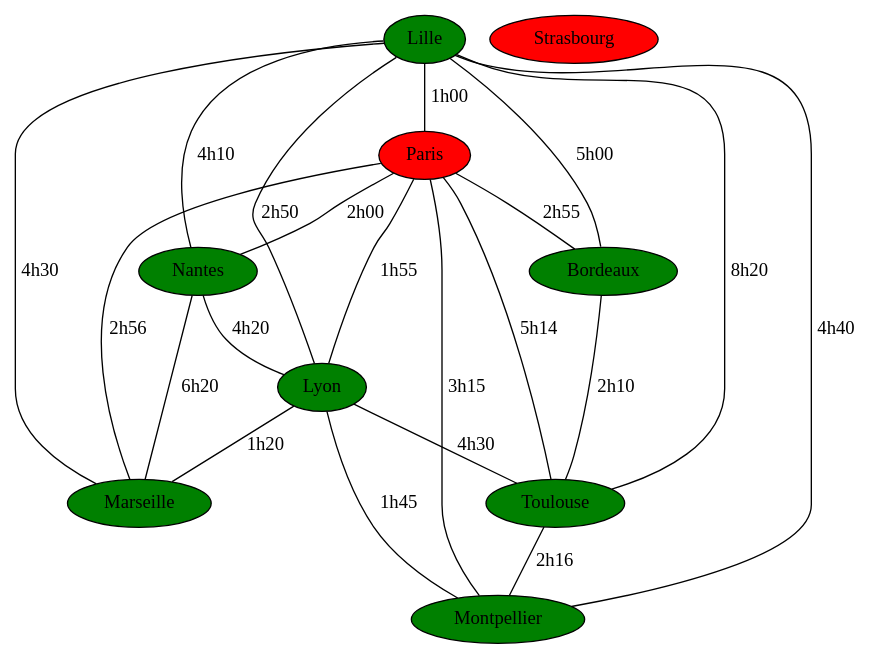
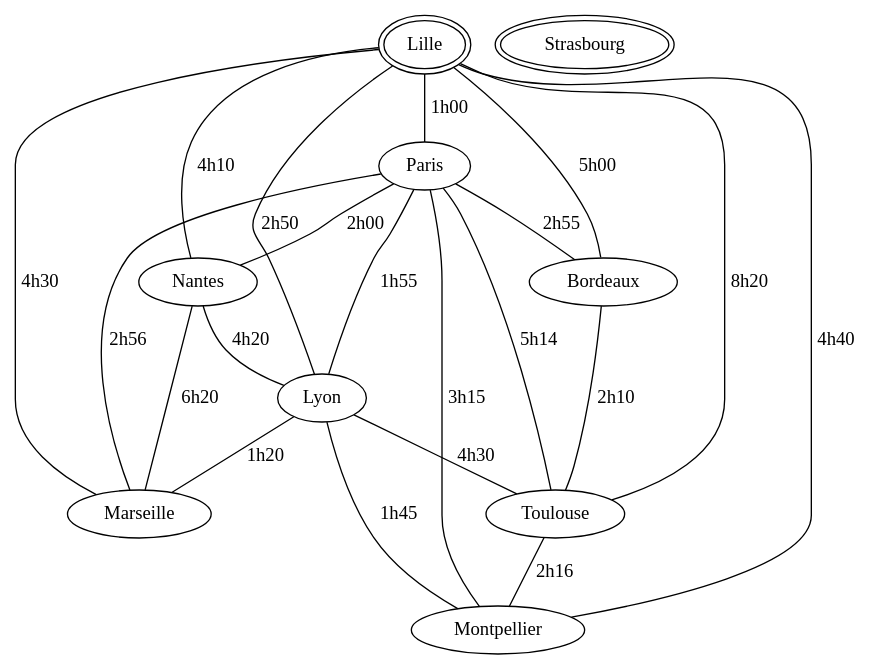
The diagram in tmp/tgv2005-0.dot (Z3ZEL/cpbxS3), drawn with Graphviz before and after one commit. The commit also changed 2 other files, not shown here.

```diff
--- a/tmp/tgv2005-0.dot
+++ b/tmp/tgv2005-0.dot
@@ -1,32 +1,32 @@
 graph "tgv2005" {
 
   "Lille" -- "Paris" [label="1h00"];
   "Lille" -- "Nantes" [label="4h10"];
   "Lille" -- "Lyon" [label="2h50"];
   "Lille" -- "Bordeaux" [label="5h00"];
   "Lille" -- "Toulouse" [label="8h20"];
   "Lille" -- "Marseille" [label="4h30"];
   "Lille" -- "Montpellier" [label="4h40"];
-  "Lille"  [style = filled, peripheries = 1, fillcolor = green, fontcolor = black, color = black];
+  "Lille"  [style = filled, peripheries = 2, fillcolor = white, fontcolor = black, color = Black];
   "Paris" -- "Nantes" [label="2h00"];
   "Paris" -- "Lyon" [label="1h55"];
   "Paris" -- "Bordeaux" [label="2h55"];
   "Paris" -- "Marseille" [label="2h56"];
   "Paris" -- "Montpellier" [label="3h15"];
   "Paris" -- "Toulouse" [label="5h14"];
-  "Paris"  [style = filled, peripheries = 1, fillcolor = red, fontcolor = black, color = black];
+  "Paris"  [style = filled, peripheries = 1, fillcolor = white, fontcolor = black, color = black];
   "Nantes" -- "Lyon" [label="4h20"];
   "Nantes" -- "Marseille" [label="6h20"];
-  "Nantes"  [style = filled, peripheries = 1, fillcolor = green, fontcolor = black, color = black];
+  "Nantes"  [style = filled, peripheries = 1, fillcolor = white, fontcolor = black, color = black];
   "Lyon" -- "Toulouse" [label="4h30"];
   "Lyon" -- "Marseille" [label="1h20"];
   "Lyon" -- "Montpellier" [label="1h45"];
-  "Lyon"  [style = filled, peripheries = 1, fillcolor = green, fontcolor = black, color = black];
+  "Lyon"  [style = filled, peripheries = 1, fillcolor = white, fontcolor = black, color = black];
   "Bordeaux" -- "Toulouse" [label="2h10"];
-  "Bordeaux"  [style = filled, peripheries = 1, fillcolor = green, fontcolor = black, color = black];
+  "Bordeaux"  [style = filled, peripheries = 1, fillcolor = white, fontcolor = black, color = black];
   "Toulouse" -- "Montpellier" [label="2h16"];
-  "Toulouse"  [style = filled, peripheries = 1, fillcolor = green, fontcolor = black, color = black];
-  "Marseille"  [style = filled, peripheries = 1, fillcolor = green, fontcolor = black, color = black];
-  "Montpellier"  [style = filled, peripheries = 1, fillcolor = green, fontcolor = black, color = black];
-  "Strasbourg"  [style = filled, peripheries = 1, fillcolor = red, fontcolor = black, color = black];
+  "Toulouse"  [style = filled, peripheries = 1, fillcolor = white, fontcolor = black, color = black];
+  "Marseille"  [style = filled, peripheries = 1, fillcolor = white, fontcolor = black, color = black];
+  "Montpellier"  [style = filled, peripheries = 1, fillcolor = white, fontcolor = black, color = black];
+  "Strasbourg"  [style = filled, peripheries = 2, fillcolor = white, fontcolor = black, color = Black];
 }
```
